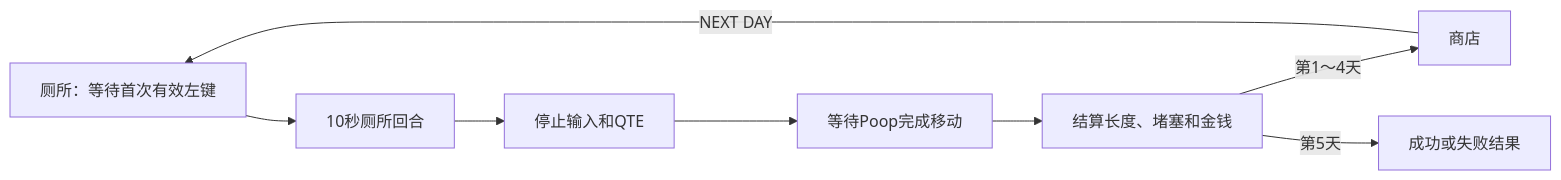
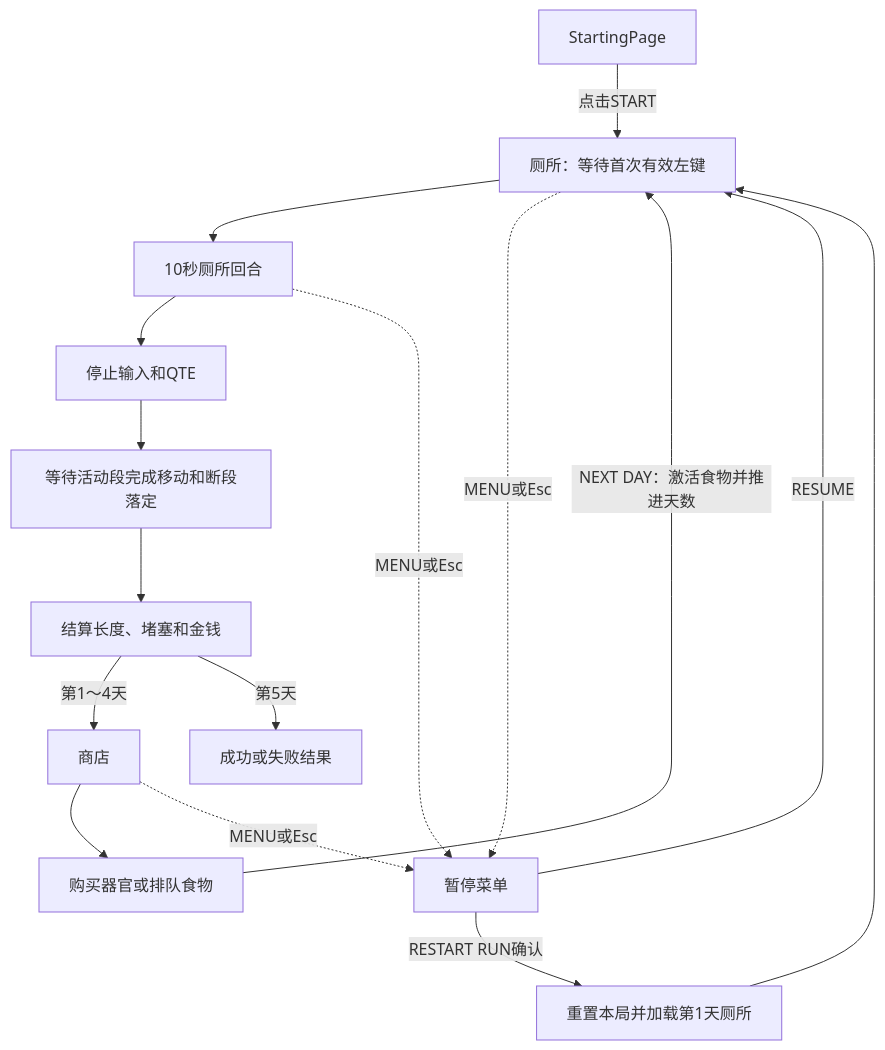
One commit to SaltedFishyy/GMTK-game-jam changed the diagram in 机制.md. Above: the diagram before and after it, drawn with Mermaid. The commit also changed other lines of this file and 58 other files, not shown here.

````diff
--- a/机制.md
+++ b/机制.md
@@ -235,10 +254,18 @@
 ```mermaid
-flowchart LR
-    A[厕所：等待首次有效左键] --> B[10秒厕所回合]
+flowchart TD
+    S[StartingPage] -->|点击START| A[厕所：等待首次有效左键]
+    A --> B[10秒厕所回合]
     B --> C[停止输入和QTE]
-    C --> D[等待Poop完成移动]
+    C --> D[等待活动段完成移动和断段落定]
     D --> E[结算长度、堵塞和金钱]
     E -->|第1～4天| F[商店]
-    F -->|NEXT DAY| A
+    F --> H[购买器官或排队食物]
+    H -->|NEXT DAY：激活食物并推进天数| A
     E -->|第5天| G[成功或失败结果]
+    A -. MENU或Esc .-> P[暂停菜单]
+    B -. MENU或Esc .-> P
+    F -. MENU或Esc .-> P
+    P -->|RESUME| A
+    P -->|RESTART RUN确认| R[重置本局并加载第1天厕所]
+    R --> A
 ```
````
